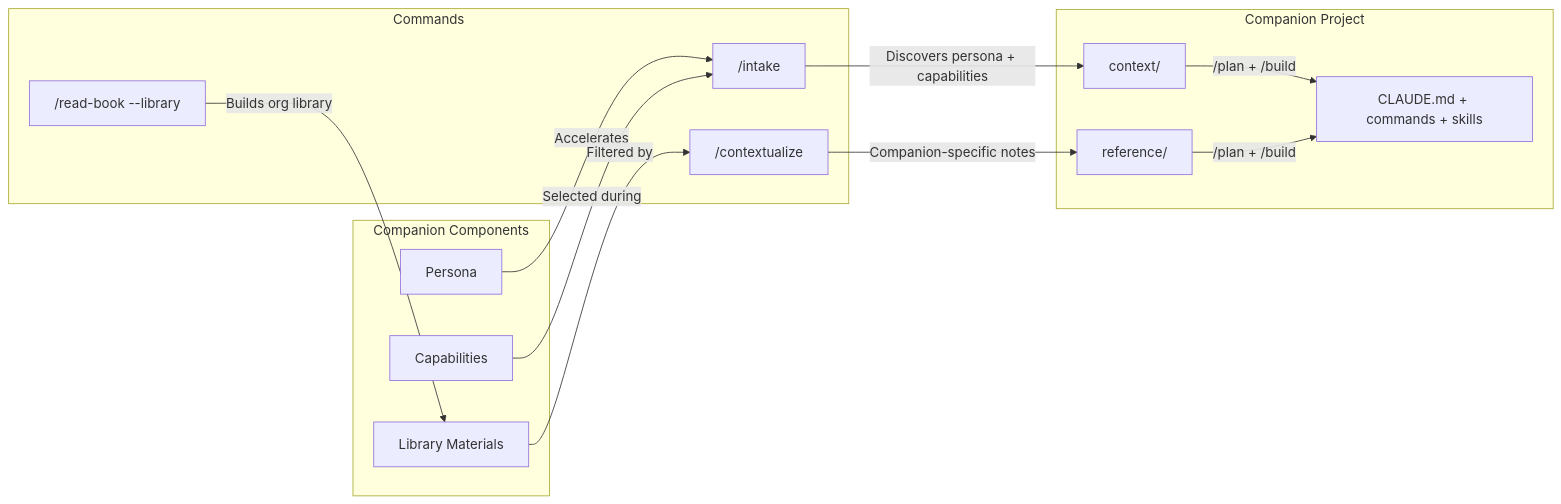
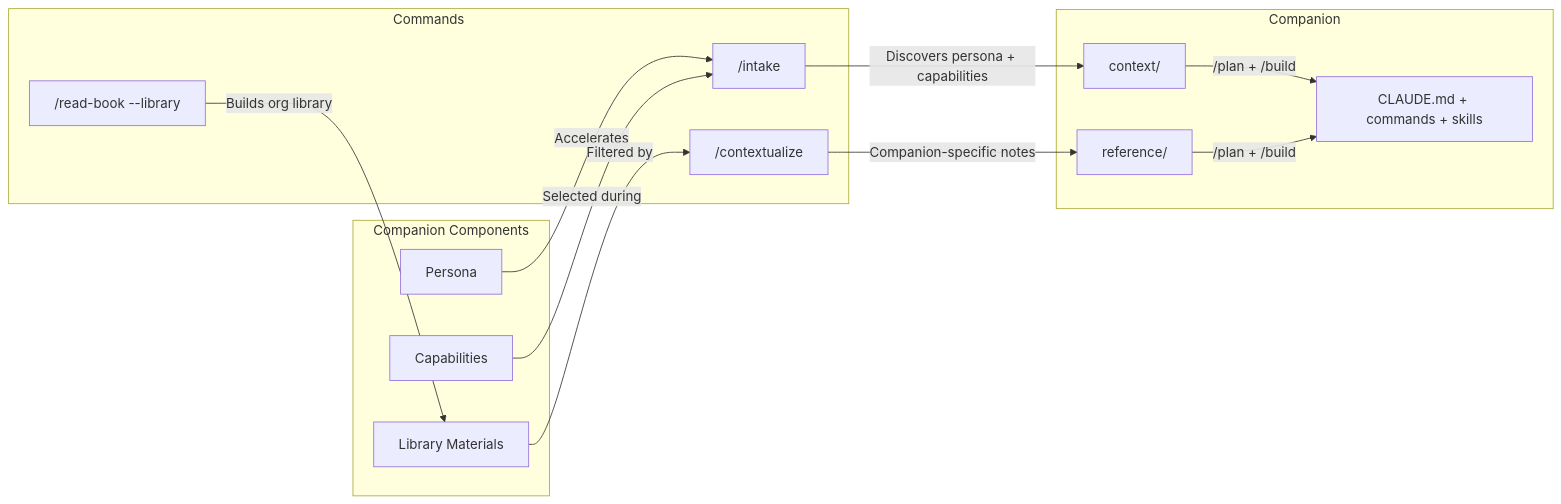
Before and after one commit to Consortium-team/project-creator: the second of 2 diagrams in README.md, drawn with Mermaid. The commit also changed other lines of this file and 49 other files, not shown here.

First line of the commit message:
Formalize companion architecture: rename directories, commands, and references

````diff
--- a/README.md
+++ b/README.md
@@ -288,29 +295,29 @@
 ```mermaid
 flowchart LR
     subgraph Components["Companion Components"]
         P["Persona"]
         C["Capabilities"]
         L["Library Materials"]
     end
 
     subgraph Commands["Commands"]
         I["/intake"]
         RB["/read-book --library"]
         CTX["/contextualize"]
     end
 
-    subgraph Project["Companion Project"]
+    subgraph Companion["Companion"]
         Ctx["context/"]
         Ref["reference/"]
         Out["CLAUDE.md + commands + skills"]
     end
 
     I --> |"Discovers persona + capabilities"| Ctx
     P --> |"Accelerates"| I
     C --> |"Selected during"| I
     RB --> |"Builds org library"| L
     L --> |"Filtered by"| CTX
     CTX --> |"Companion-specific notes"| Ref
     Ctx --> |"/plan + /build"| Out
     Ref --> |"/plan + /build"| Out
 ```
````
